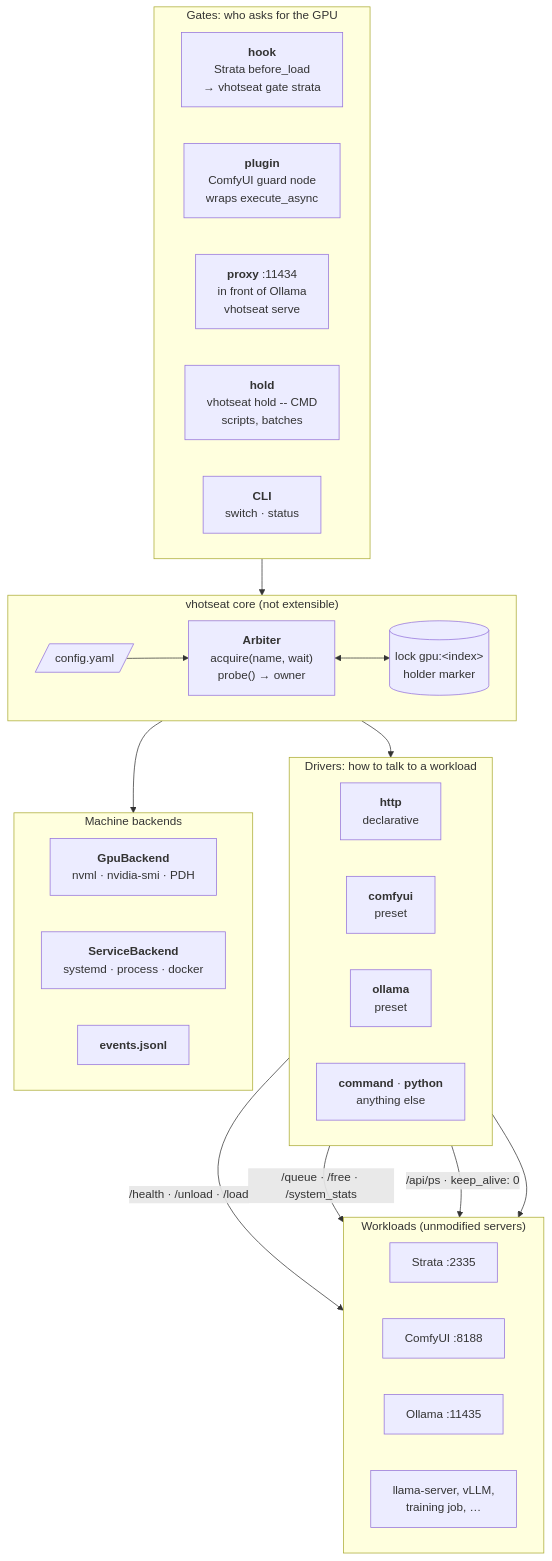
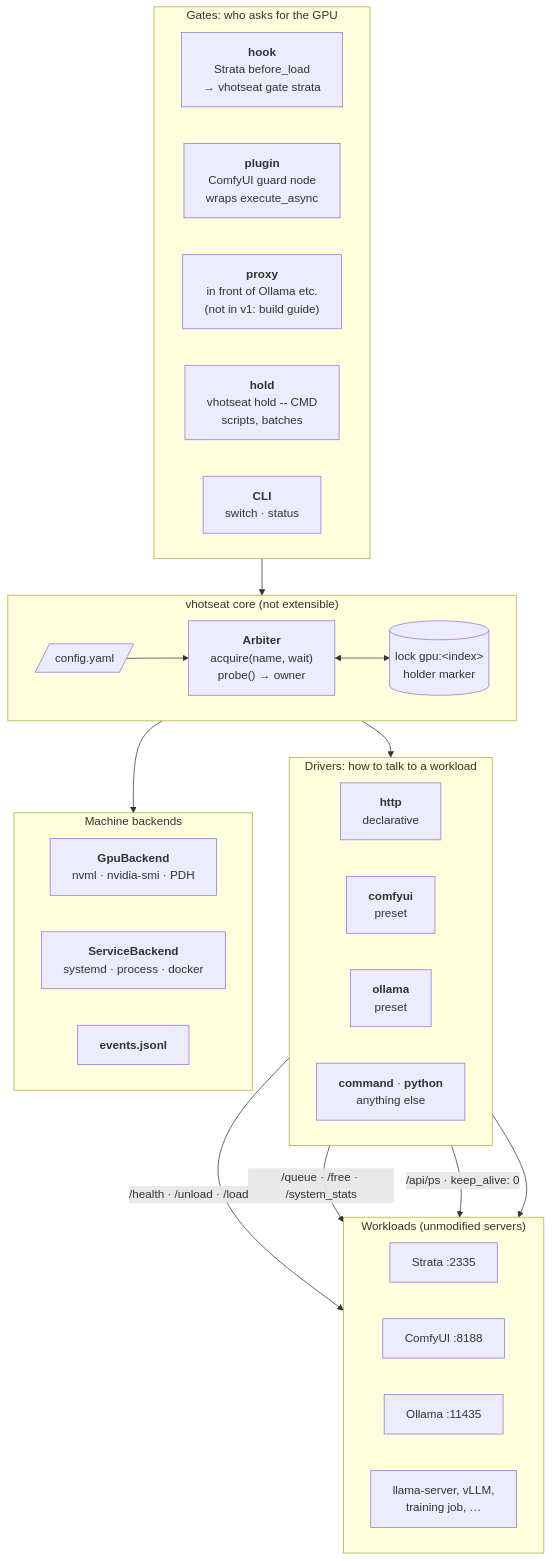
One commit to wandermyz/wandering-vibe changed the first of 5 diagrams in gpu-workload/docs/plans/2026-10-14-vhotseat.md. Above: the diagram before and after it, drawn with Mermaid. The commit also changed other lines of this file, not shown here.

First line of the commit message:
gpu-workload: no proxy or serve in vhotseat v1; ship a build guide

````diff
--- a/gpu-workload/docs/plans/2026-10-14-vhotseat.md
+++ b/gpu-workload/docs/plans/2026-10-14-vhotseat.md
@@ -90,50 +91,50 @@
 ```mermaid
 flowchart TB
     subgraph gates["Gates: who asks for the GPU"]
         direction LR
         hook["<b>hook</b><br/>Strata before_load<br/>→ vhotseat gate strata"]
         plugin["<b>plugin</b><br/>ComfyUI guard node<br/>wraps execute_async"]
-        proxy["<b>proxy</b> :11434<br/>in front of Ollama<br/>vhotseat serve"]
+        proxy["<b>proxy</b><br/>in front of Ollama etc.<br/>(not in v1: build guide)"]
         wrap["<b>hold</b><br/>vhotseat hold -- CMD<br/>scripts, batches"]
         cli["<b>CLI</b><br/>switch · status"]
     end
 
     subgraph core["vhotseat core (not extensible)"]
         direction LR
         config[/"config.yaml"/]
         arbiter["<b>Arbiter</b><br/>acquire(name, wait)<br/>probe() → owner"]
         lock[("lock gpu:&lt;index&gt;<br/>holder marker")]
         config --> arbiter <--> lock
     end
 
     subgraph drivers["Drivers: how to talk to a workload"]
         direction LR
         dhttp["<b>http</b><br/>declarative"]
         dcomfy["<b>comfyui</b><br/>preset"]
         dollama["<b>ollama</b><br/>preset"]
         dcmd["<b>command</b> · <b>python</b><br/>anything else"]
     end
 
     subgraph backends["Machine backends"]
         direction LR
         gpu["<b>GpuBackend</b><br/>nvml · nvidia-smi · PDH"]
         svc["<b>ServiceBackend</b><br/>systemd · process · docker"]
         events["<b>events.jsonl</b>"]
     end
 
     subgraph workloads["Workloads (unmodified servers)"]
         direction LR
         strata["Strata :2335"]
         comfy["ComfyUI :8188"]
         ollama["Ollama :11435"]
         other["llama-server, vLLM,<br/>training job, …"]
     end
 
     gates --> arbiter
     arbiter --> drivers
     arbiter --> backends
     dhttp -- "/health · /unload · /load" --> strata
     dcomfy -- "/queue · /free · /system_stats" --> comfy
     dollama -- "/api/ps · keep_alive: 0" --> ollama
     dcmd --> other
 ```
````
